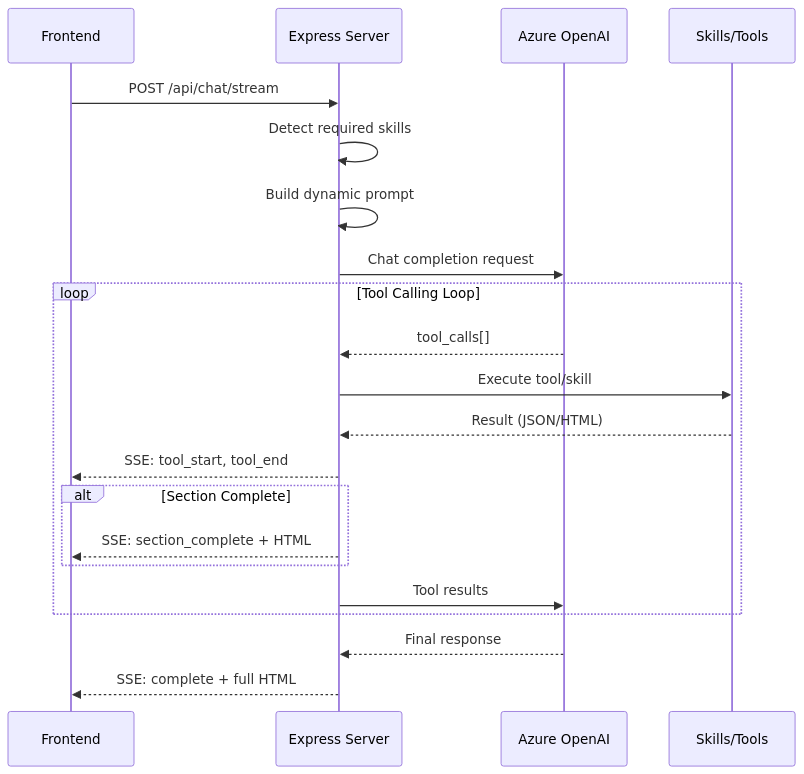
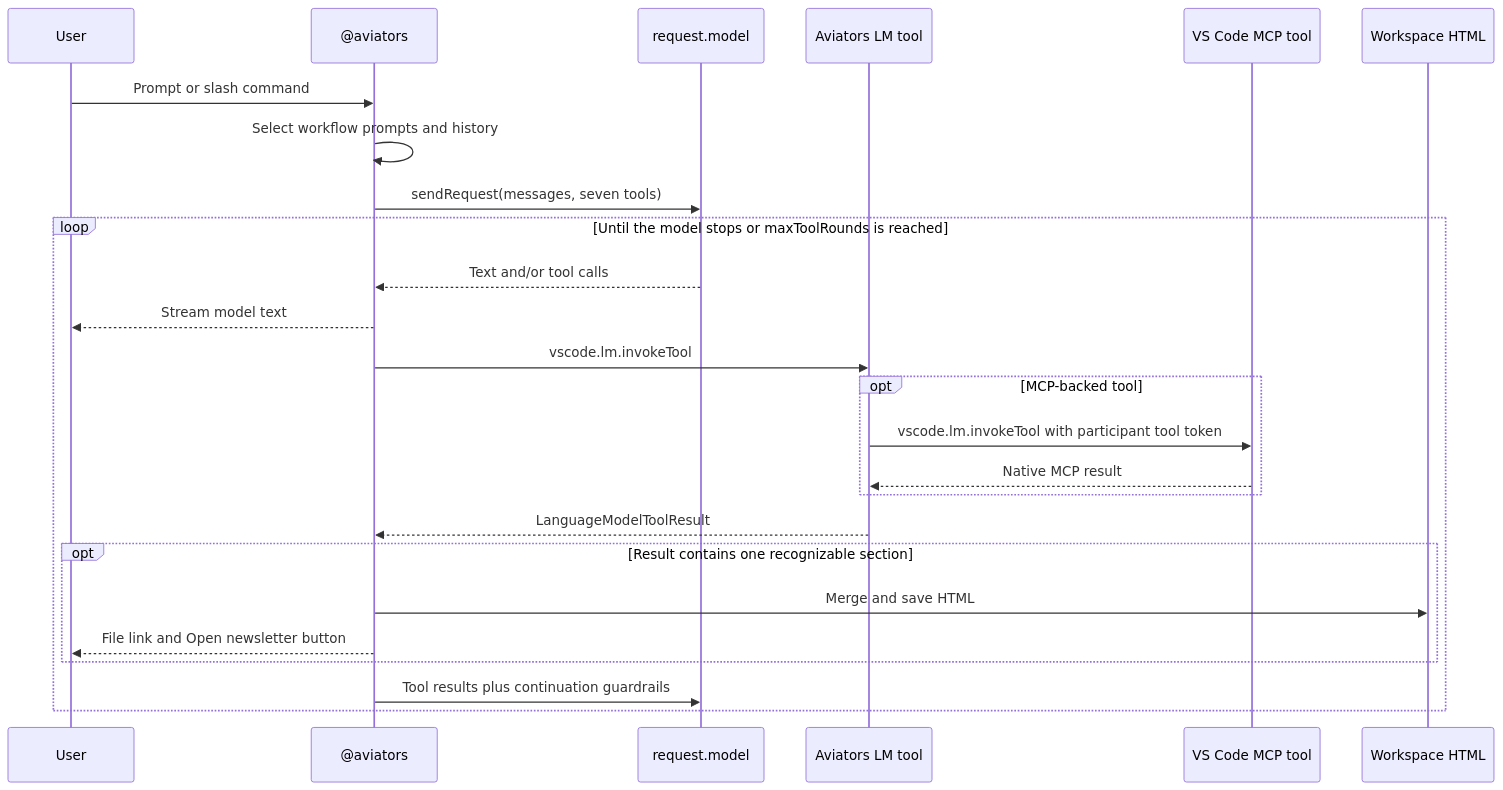
One commit to wsilveiranz/aviators-code-agent changed the second of 3 diagrams in ARCHITECTURE.md. Above: the diagram before and after it, drawn with Mermaid. The commit also changed other lines of this file and 98 other files, not shown here.

First line of the commit message:
Add unit tests for MCP Bridge, Client Protocol, Newsletter, and Product Group functionalities

````diff
--- a/ARCHITECTURE.md
+++ b/ARCHITECTURE.md
@@ -143,26 +54,28 @@
 ```mermaid
 sequenceDiagram
-    participant UI as Frontend
-    participant Server as Express Server
-    participant LLM as Azure OpenAI
-    participant Tools as Skills/Tools
-    
-    UI->>Server: POST /api/chat/stream
-    Server->>Server: Detect required skills
-    Server->>Server: Build dynamic prompt
-    Server->>LLM: Chat completion request
-    
-    loop Tool Calling Loop
-        LLM-->>Server: tool_calls[]
-        Server->>Tools: Execute tool/skill
-        Tools-->>Server: Result (JSON/HTML)
-        Server-->>UI: SSE: tool_start, tool_end
-        alt Section Complete
-            Server-->>UI: SSE: section_complete + HTML
+    participant User
+    participant Chat as @aviators
+    participant Model as request.model
+    participant Tool as Aviators LM tool
+    participant MCP as VS Code MCP tool
+    participant File as Workspace HTML
+
+    User->>Chat: Prompt or slash command
+    Chat->>Chat: Select workflow prompts and history
+    Chat->>Model: sendRequest(messages, seven tools)
+    loop Until the model stops or maxToolRounds is reached
+        Model-->>Chat: Text and/or tool calls
+        Chat-->>User: Stream model text
+        Chat->>Tool: vscode.lm.invokeTool
+        opt MCP-backed tool
+            Tool->>MCP: vscode.lm.invokeTool with participant tool token
+            MCP-->>Tool: Native MCP result
         end
-        Server->>LLM: Tool results
+        Tool-->>Chat: LanguageModelToolResult
+        opt Result contains one recognizable section
+            Chat->>File: Merge and save HTML
+            Chat-->>User: File link and Open newsletter button
+        end
+        Chat->>Model: Tool results plus continuation guardrails
     end
-    
-    LLM-->>Server: Final response
-    Server-->>UI: SSE: complete + full HTML
 ```
````
